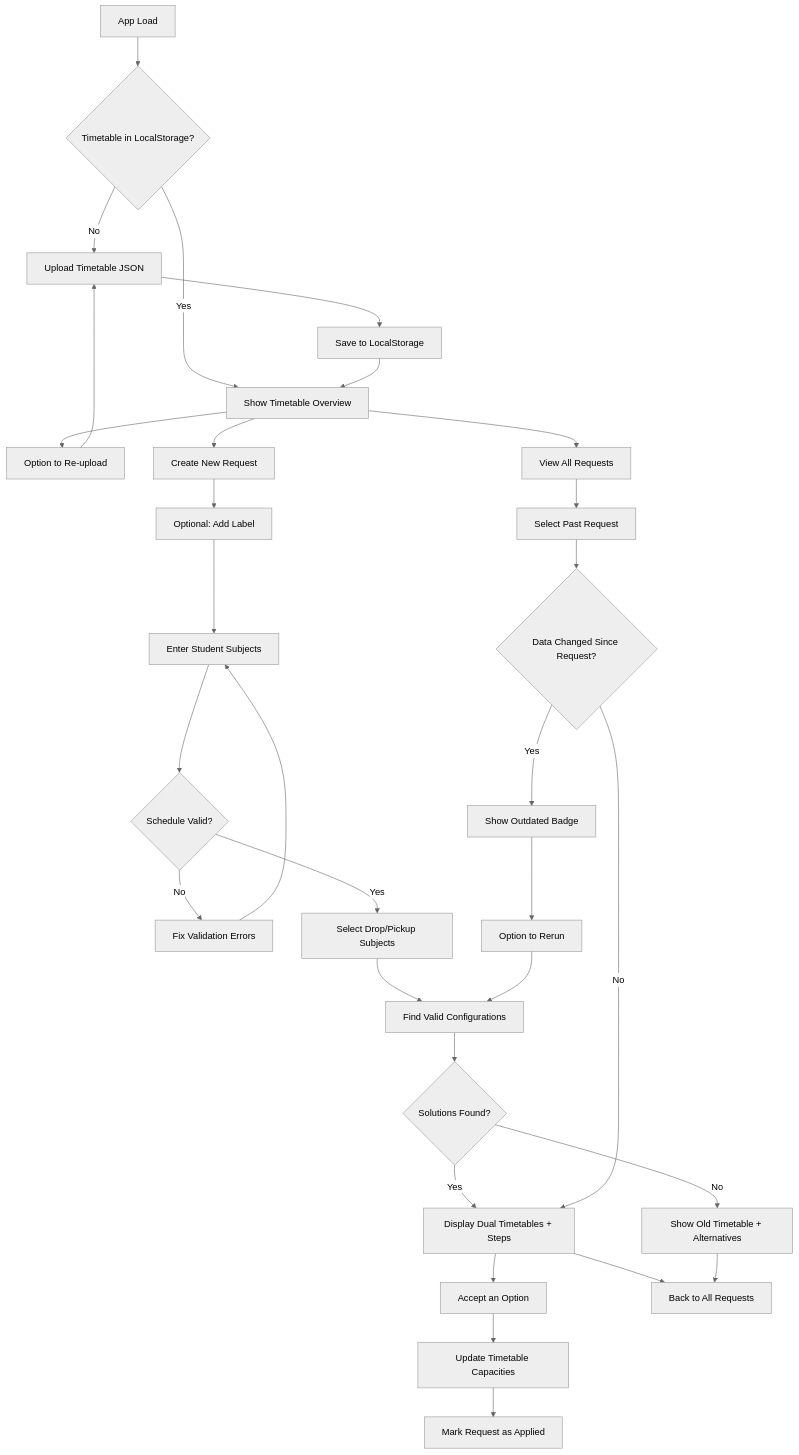
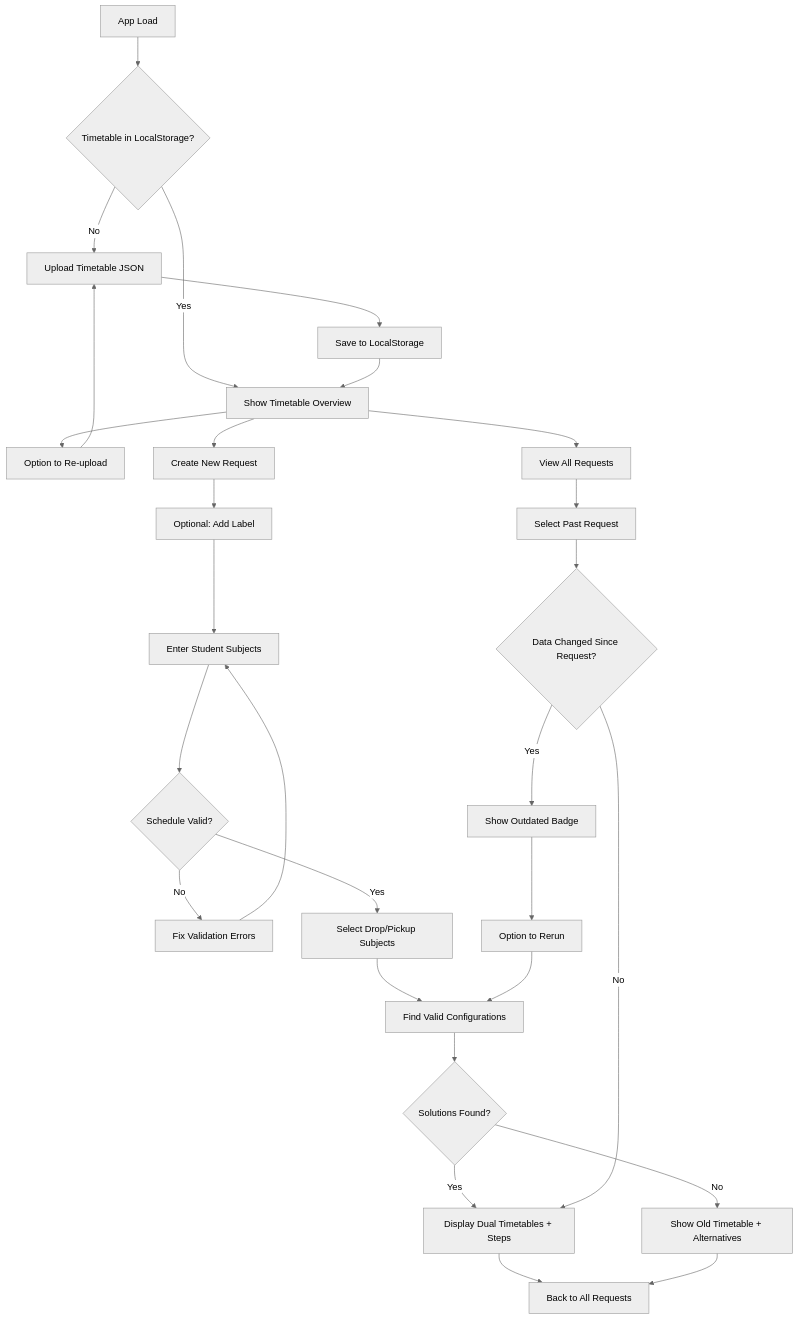
One commit to viv-li/griddle-me-this changed the diagram in spec.md. Above: the diagram before and after it, drawn with Mermaid (neutral theme). The commit also changed other lines of this file and 8 other files, not shown here.

````diff
--- a/spec.md
+++ b/spec.md
@@ -43,33 +43,30 @@
 ```mermaid
 flowchart TD
     Start[App Load] --> CheckData{Timetable in LocalStorage?}
     CheckData -->|No| Upload[Upload Timetable JSON]
     CheckData -->|Yes| ShowOverview[Show Timetable Overview]
     Upload --> SaveData[Save to LocalStorage]
     SaveData --> ShowOverview
     ShowOverview --> ReUpload[Option to Re-upload]
     ReUpload --> Upload
     ShowOverview --> ViewHistory[View All Requests]
     ShowOverview --> NewRequest[Create New Request]
     NewRequest --> EnterLabel[Optional: Add Label]
     EnterLabel --> EnterStudent[Enter Student Subjects]
     EnterStudent --> ValidateSchedule{Schedule Valid?}
     ValidateSchedule -->|No| FixErrors[Fix Validation Errors]
     FixErrors --> EnterStudent
     ValidateSchedule -->|Yes| EnterChange[Select Drop/Pickup Subjects]
     EnterChange --> RunAlgorithm[Find Valid Configurations]
     RunAlgorithm --> HasSolution{Solutions Found?}
     HasSolution -->|Yes| ShowResults[Display Dual Timetables + Steps]
     HasSolution -->|No| ShowAlternatives[Show Old Timetable + Alternatives]
-    ShowResults --> AcceptOption[Accept an Option]
-    AcceptOption --> UpdateStorage[Update Timetable Capacities]
-    UpdateStorage --> MarkApplied[Mark Request as Applied]
     ShowResults --> ViewAllRequests[Back to All Requests]
     ShowAlternatives --> ViewAllRequests
     ViewHistory --> SelectRequest[Select Past Request]
     SelectRequest --> CheckStale{Data Changed Since Request?}
     CheckStale -->|Yes| ShowOutdated[Show Outdated Badge]
     ShowOutdated --> RerunOption[Option to Rerun]
     RerunOption --> RunAlgorithm
     CheckStale -->|No| ShowResults
 ```
````
